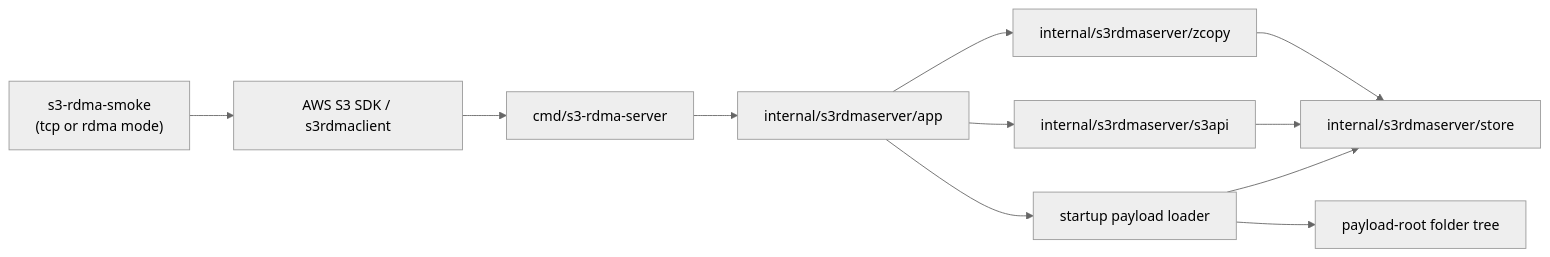
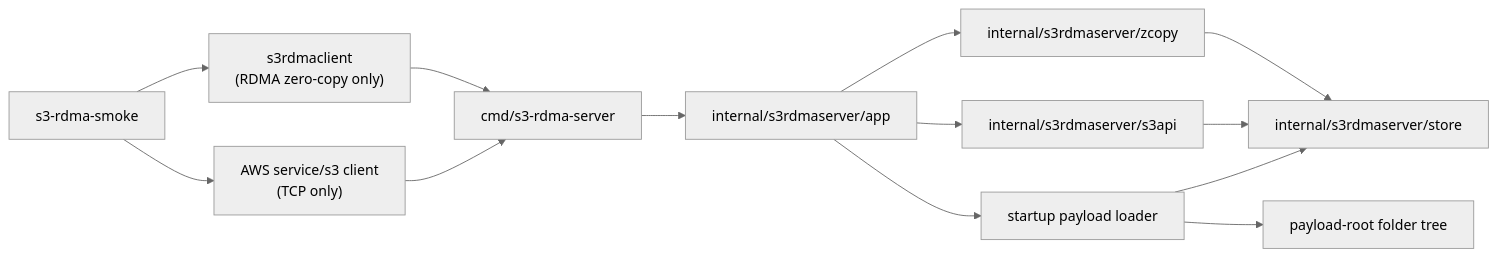
The first of 6 diagrams in docs/s3-rdma-server-architecture.md (hyscale-lab/rdma-demo), drawn with Mermaid (neutral theme) before and after one commit. The commit also changed other lines of this file and 10 other files, not shown here.

````diff
--- a/docs/s3-rdma-server-architecture.md
+++ b/docs/s3-rdma-server-architecture.md
@@ -15,23 +15,26 @@
 ```mermaid
 flowchart LR
-    Smoke["s3-rdma-smoke\n(tcp or rdma mode)"]
-    SDK["AWS S3 SDK / s3rdmaclient"]
+    Smoke["s3-rdma-smoke"]
+    TCPSDK["AWS service/s3 client\n(TCP only)"]
+    RDMASDK["s3rdmaclient\n(RDMA zero-copy only)"]
     Main["cmd/s3-rdma-server"]
     App["internal/s3rdmaserver/app"]
     HTTP["internal/s3rdmaserver/s3api"]
     ZC["internal/s3rdmaserver/zcopy"]
     Store["internal/s3rdmaserver/store"]
     Loader["startup payload loader"]
     Disk["payload-root folder tree"]
 
-    Smoke --> SDK
-    SDK --> Main
+    Smoke --> TCPSDK
+    Smoke --> RDMASDK
+    TCPSDK --> Main
+    RDMASDK --> Main
     Main --> App
     App --> HTTP
     App --> ZC
     App --> Loader
     Loader --> Disk
     Loader --> Store
     HTTP --> Store
     ZC --> Store
 ```
````
